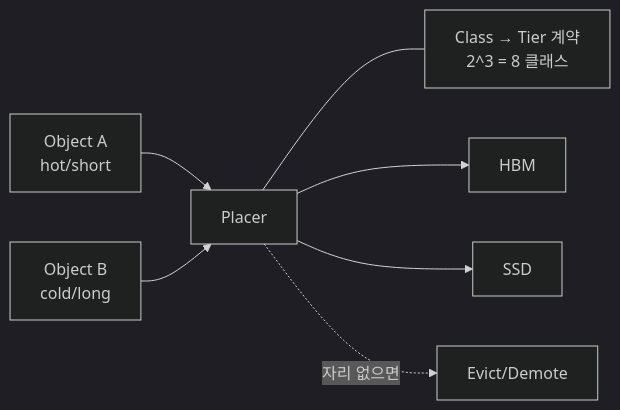
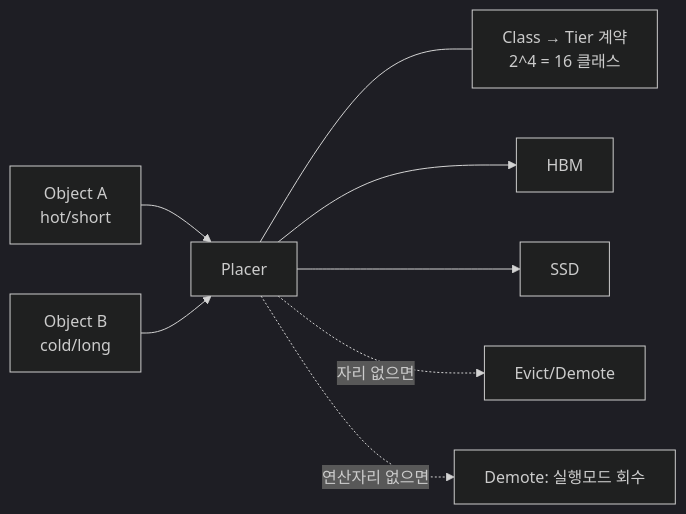
Before and after one commit to mkim0628/vllm: the fourth of 8 diagrams in doc-mk/vllm-dp1-placement-decision-basis.md, drawn with Mermaid (dark theme). The commit also changed other lines of this file, not shown here.

````diff
--- a/doc-mk/vllm-dp1-placement-decision-basis.md
+++ b/doc-mk/vllm-dp1-placement-decision-basis.md
@@ -330,9 +405,10 @@
 ```mermaid
 flowchart LR
   R1[Object A<br/>hot/short] --> PL[Placer]
   R2[Object B<br/>cold/long] --> PL
-  PL --- CT[Class → Tier 계약<br/>2^3 = 8 클래스]
+  PL --- CT[Class → Tier 계약<br/>2^4 = 16 클래스]
   PL --> T1[HBM]
   PL --> T3[SSD]
   PL -.자리 없으면.-> EV[Evict/Demote]
+  PL -.연산자리 없으면.-> DM[Demote: 실행모드 회수]
 ```
````
